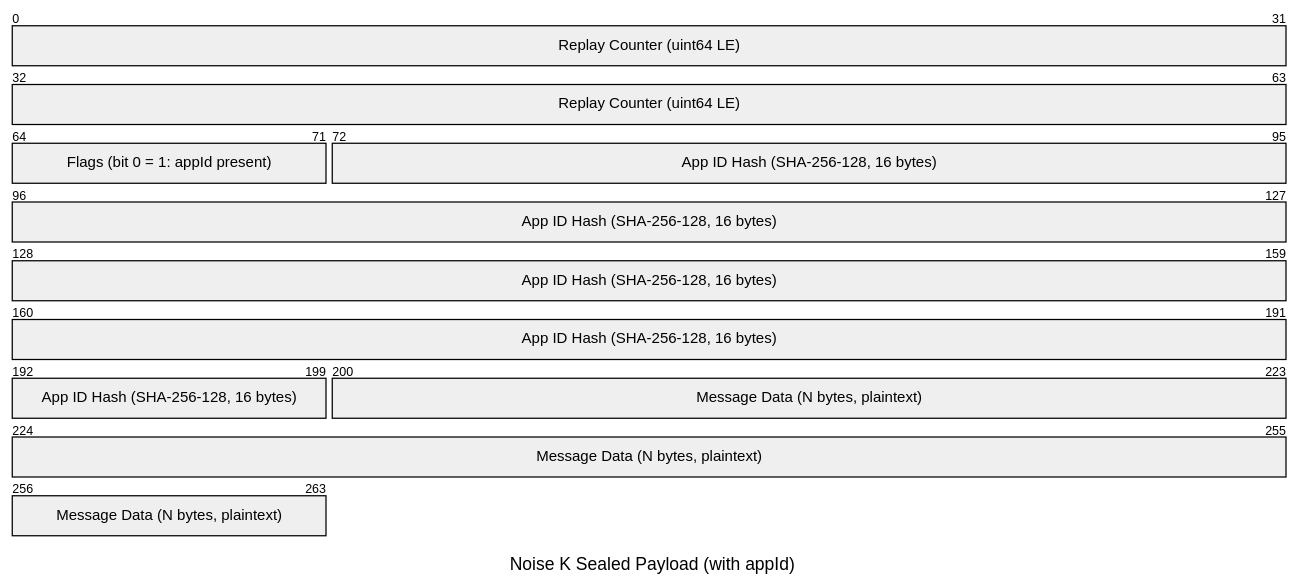
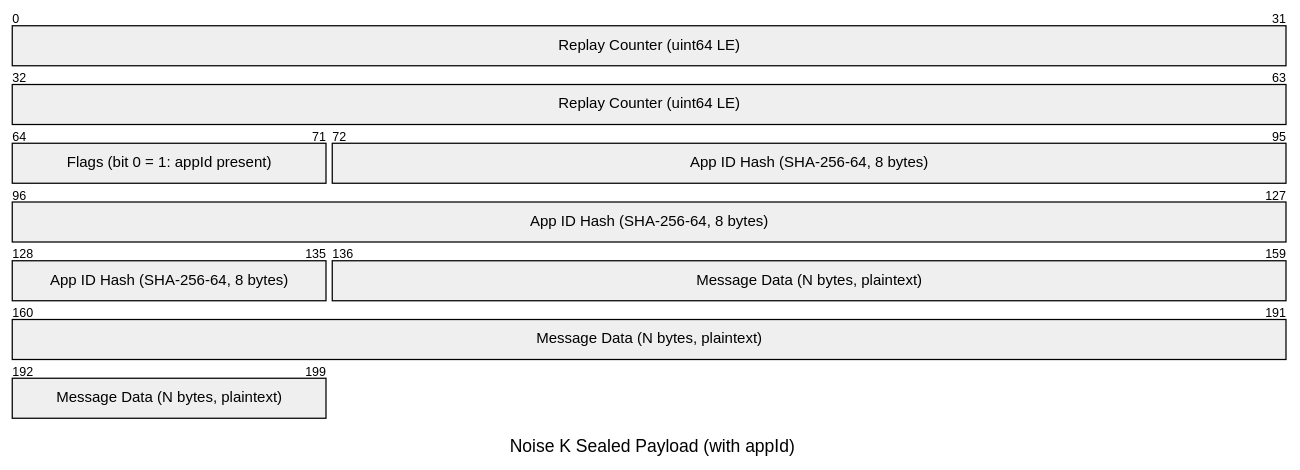
Before and after one commit to trancee/MeshLink: the second of 14 diagrams in docs/diagrams.md, drawn with Mermaid. The commit also changed other lines of this file and 4 other files, not shown here.

````diff
--- a/docs/diagrams.md
+++ b/docs/diagrams.md
@@ -82,10 +82,10 @@
 ```mermaid
 ---
 title: "Noise K Sealed Payload (with appId)"
 ---
 packet
     0-63: "Replay Counter (uint64 LE)"
     64-71: "Flags (bit 0 = 1: appId present)"
-    72-199: "App ID Hash (SHA-256-128, 16 bytes)"
-    200-263: "Message Data (N bytes, plaintext)"
+    72-135: "App ID Hash (SHA-256-64, 8 bytes)"
+    136-199: "Message Data (N bytes, plaintext)"
 ```
````
